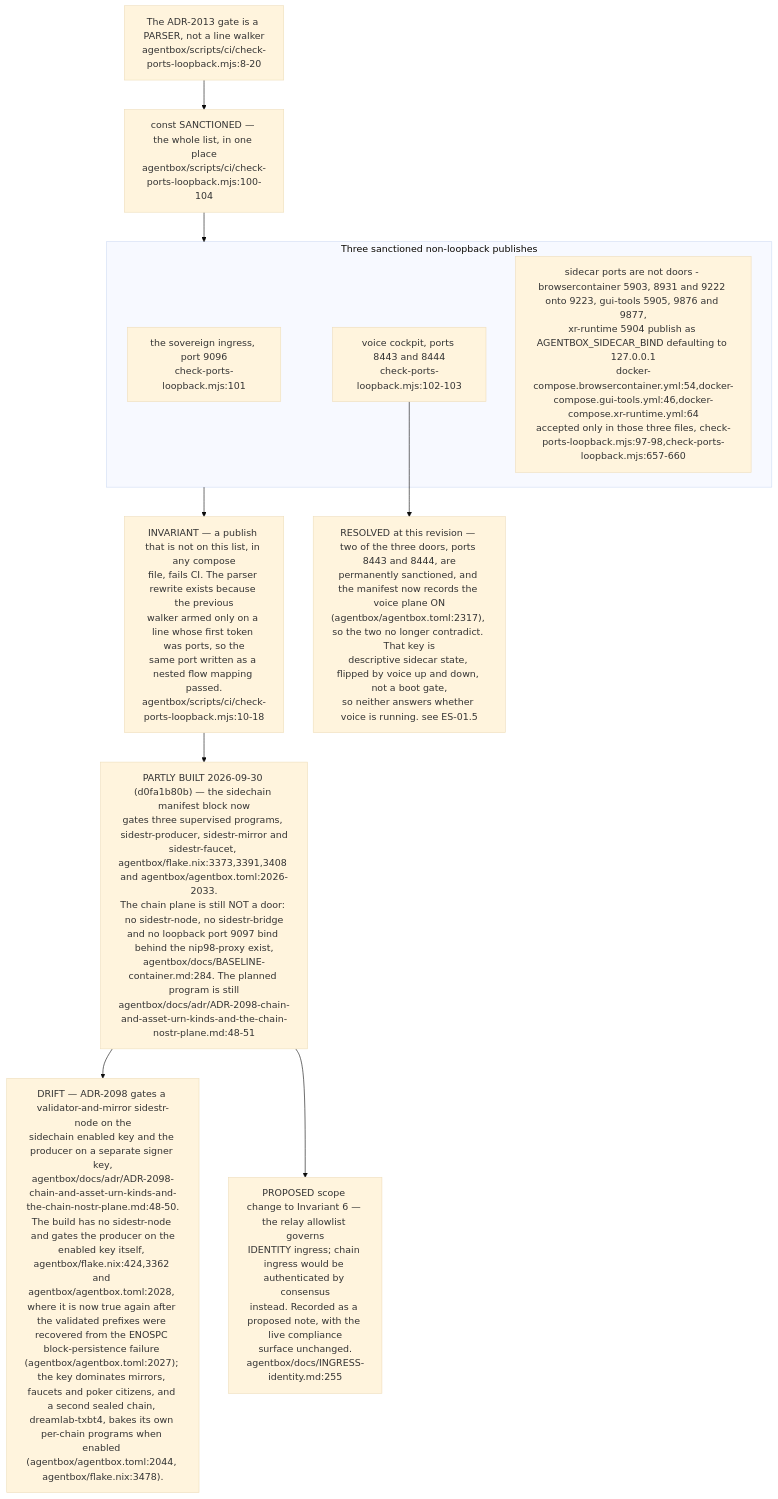
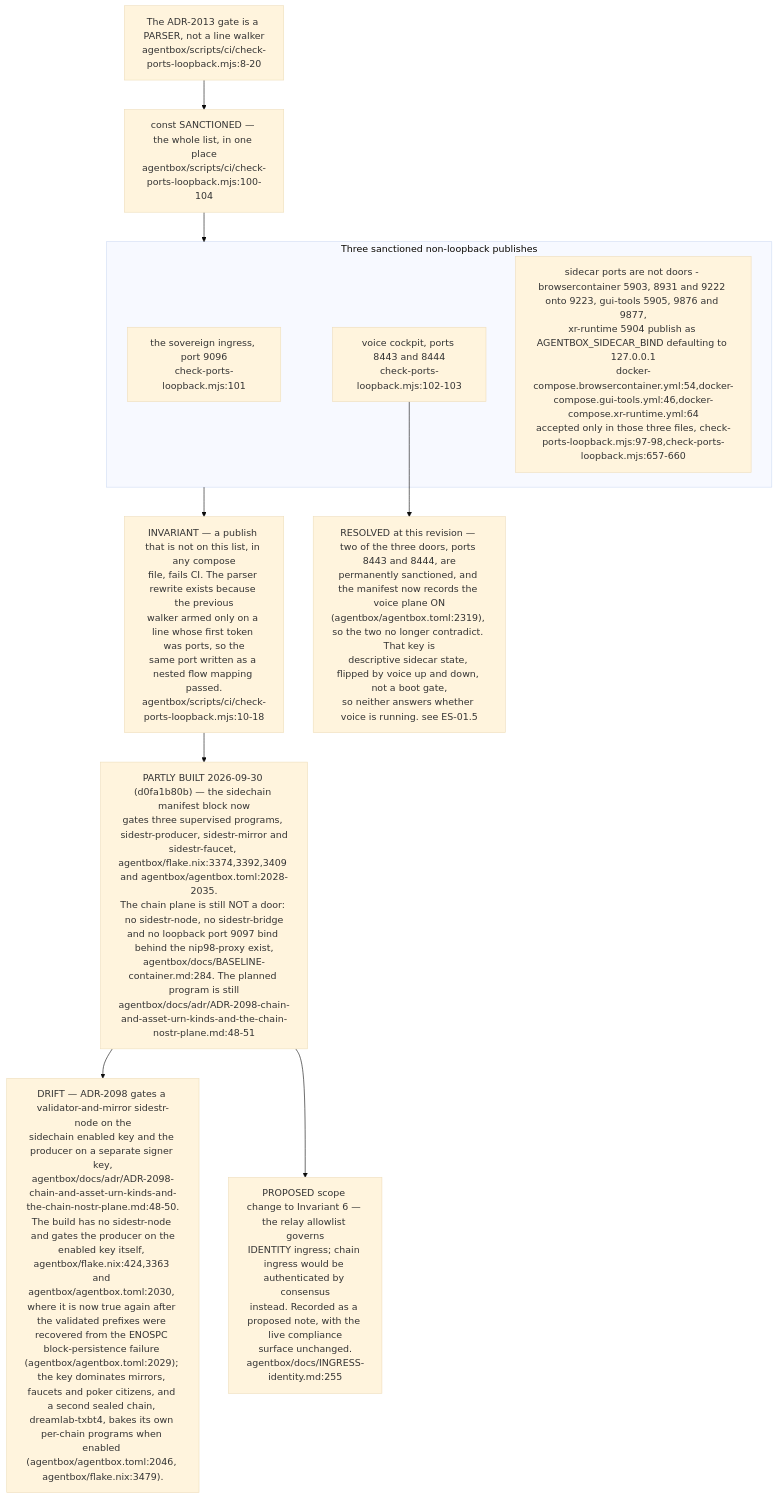
Before and after one commit to DreamLab-AI/VisionFlow: diagram 11 of 11 in docs/diagrams/estate/10-deployment-and-security-profiles.md, drawn with Mermaid (base theme). The commit also changed other lines of this file and 5 other files, not shown here.

````diff
--- a/docs/diagrams/estate/10-deployment-and-security-profiles.md
+++ b/docs/diagrams/estate/10-deployment-and-security-profiles.md
@@ -455,27 +457,27 @@
 ```mermaid
 flowchart TB
     GATE["The ADR-2013 gate is a PARSER, not a line walker<br/>agentbox/scripts/ci/check-ports-loopback.mjs:8-20"]
     LIST["const SANCTIONED — the whole list, in one place<br/>agentbox/scripts/ci/check-ports-loopback.mjs:100-104"]
     GATE --> LIST
 
     subgraph DOORS["Three sanctioned non-loopback publishes"]
         D0["the sovereign ingress, port 9096<br/>check-ports-loopback.mjs:101"]
         D1["voice cockpit, ports 8443 and 8444<br/>check-ports-loopback.mjs:102-103"]
         D2["sidecar ports are not doors - browsercontainer 5903, 8931 and 9222 onto 9223, gui-tools 5905, 9876 and 9877,<br/>xr-runtime 5904 publish as AGENTBOX_SIDECAR_BIND defaulting to 127.0.0.1<br/>docker-compose.browsercontainer.yml:54,docker-compose.gui-tools.yml:46,docker-compose.xr-runtime.yml:64<br/>accepted only in those three files, check-ports-loopback.mjs:97-98,check-ports-loopback.mjs:657-660"]
     end
     LIST --> DOORS
 
     INV["INVARIANT — a publish that is not on this list, in any compose<br/>file, fails CI. The parser rewrite exists because the previous<br/>walker armed only on a line whose first token was ports, so the<br/>same port written as a nested flow mapping passed.<br/>agentbox/scripts/ci/check-ports-loopback.mjs:10-18"]
     DOORS --> INV
 
-    PROP["PARTLY BUILT 2026-09-30 (d0fa1b80b) — the sidechain manifest block now<br/>gates three supervised programs, sidestr-producer, sidestr-mirror and<br/>sidestr-faucet, agentbox/flake.nix:3373,3391,3408 and agentbox/agentbox.toml:2026-2033.<br/>The chain plane is still NOT a door: no sidestr-node, no sidestr-bridge<br/>and no loopback port 9097 bind behind the nip98-proxy exist,<br/>agentbox/docs/BASELINE-container.md:284. The planned program is still<br/>agentbox/docs/adr/ADR-2098-chain-and-asset-urn-kinds-and-the-chain-nostr-plane.md:48-51"]
+    PROP["PARTLY BUILT 2026-09-30 (d0fa1b80b) — the sidechain manifest block now<br/>gates three supervised programs, sidestr-producer, sidestr-mirror and<br/>sidestr-faucet, agentbox/flake.nix:3374,3392,3409 and agentbox/agentbox.toml:2028-2035.<br/>The chain plane is still NOT a door: no sidestr-node, no sidestr-bridge<br/>and no loopback port 9097 bind behind the nip98-proxy exist,<br/>agentbox/docs/BASELINE-container.md:284. The planned program is still<br/>agentbox/docs/adr/ADR-2098-chain-and-asset-urn-kinds-and-the-chain-nostr-plane.md:48-51"]
     INV --> PROP
-    GATEDRIFT["DRIFT — ADR-2098 gates a validator-and-mirror sidestr-node on the<br/>sidechain enabled key and the producer on a separate signer key,<br/>agentbox/docs/adr/ADR-2098-chain-and-asset-urn-kinds-and-the-chain-nostr-plane.md:48-50.<br/>The build has no sidestr-node and gates the producer on the<br/>enabled key itself, agentbox/flake.nix:424,3362 and agentbox/agentbox.toml:2028, where it is now true again after the validated prefixes were recovered from the ENOSPC block-persistence failure (agentbox/agentbox.toml:2027); the key dominates mirrors, faucets and poker citizens, and a second sealed chain, dreamlab-txbt4, bakes its own per-chain programs when enabled (agentbox/agentbox.toml:2044, agentbox/flake.nix:3478)."]
+    GATEDRIFT["DRIFT — ADR-2098 gates a validator-and-mirror sidestr-node on the<br/>sidechain enabled key and the producer on a separate signer key,<br/>agentbox/docs/adr/ADR-2098-chain-and-asset-urn-kinds-and-the-chain-nostr-plane.md:48-50.<br/>The build has no sidestr-node and gates the producer on the<br/>enabled key itself, agentbox/flake.nix:424,3363 and agentbox/agentbox.toml:2030, where it is now true again after the validated prefixes were recovered from the ENOSPC block-persistence failure (agentbox/agentbox.toml:2029); the key dominates mirrors, faucets and poker citizens, and a second sealed chain, dreamlab-txbt4, bakes its own per-chain programs when enabled (agentbox/agentbox.toml:2046, agentbox/flake.nix:3479)."]
     PROP --> GATEDRIFT
 
     NARROW["PROPOSED scope change to Invariant 6 — the relay allowlist governs<br/>IDENTITY ingress; chain ingress would be authenticated by consensus<br/>instead. Recorded as a proposed note, with the live compliance<br/>surface unchanged.<br/>agentbox/docs/INGRESS-identity.md:255"]
     PROP --> NARROW
 
-    TENSION["RESOLVED at this revision — two of the three doors, ports 8443 and 8444, are<br/>permanently sanctioned, and the manifest now records the voice plane ON<br/>(agentbox/agentbox.toml:2317), so the two no longer contradict. That key is<br/>descriptive sidecar state, flipped by voice up and down, not a boot gate,<br/>so neither answers whether voice is running. see ES-01.5"]
+    TENSION["RESOLVED at this revision — two of the three doors, ports 8443 and 8444, are<br/>permanently sanctioned, and the manifest now records the voice plane ON<br/>(agentbox/agentbox.toml:2319), so the two no longer contradict. That key is<br/>descriptive sidecar state, flipped by voice up and down, not a boot gate,<br/>so neither answers whether voice is running. see ES-01.5"]
     D1 --> TENSION
 ```
````
